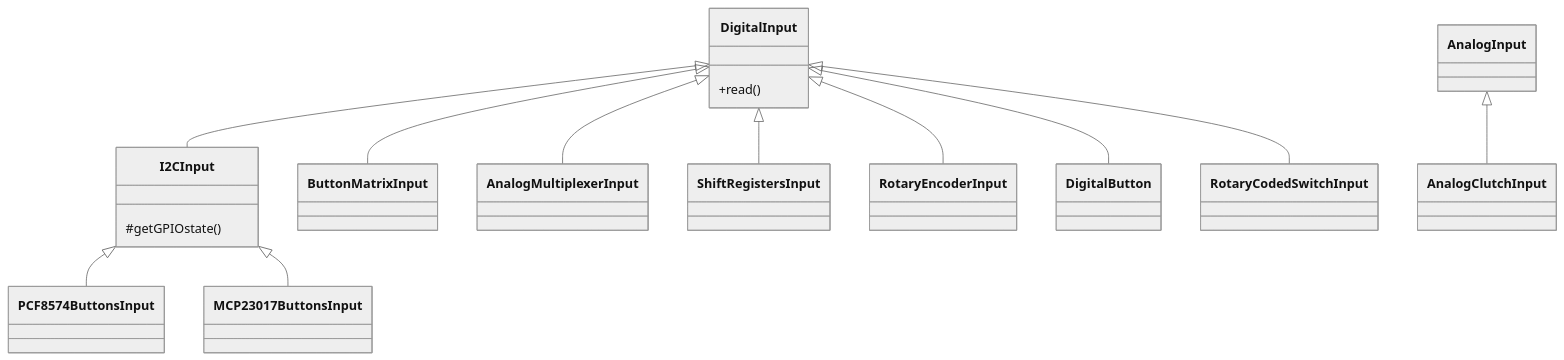
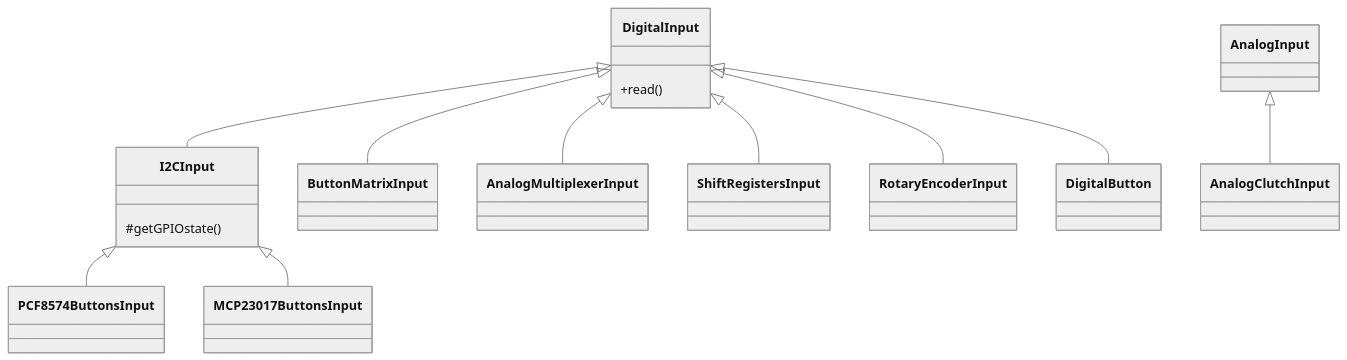
The second of 11 diagrams in doc/firmware/FirmwareArchitecture_en.md (afpineda/OpenSourceSimWheelESP32), drawn with Mermaid (neutral theme) before and after one commit. The commit also changed other lines of this file and 4 other files, not shown here.

````diff
--- a/doc/firmware/FirmwareArchitecture_en.md
+++ b/doc/firmware/FirmwareArchitecture_en.md
@@ -245,19 +245,18 @@
 ```mermaid
 classDiagram
     class I2CInput{
       #getGPIOstate()
     }
     class DigitalInput{
       +read()
     }
     DigitalInput <|-- ButtonMatrixInput
     DigitalInput <|-- AnalogMultiplexerInput
     DigitalInput <|-- ShiftRegistersInput
     DigitalInput <|-- RotaryEncoderInput
     DigitalInput <|-- DigitalButton
-    DigitalInput <|-- RotaryCodedSwitchInput
     DigitalInput <|-- I2CInput
     I2CInput     <|-- PCF8574ButtonsInput
     I2CInput     <|-- MCP23017ButtonsInput
     AnalogInput  <|-- AnalogClutchInput
 ```
````
